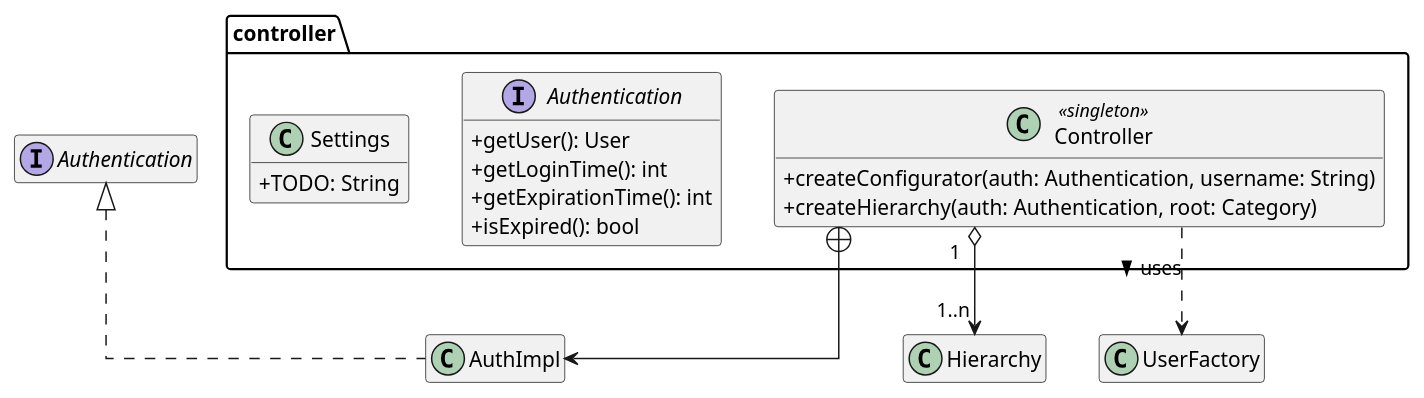
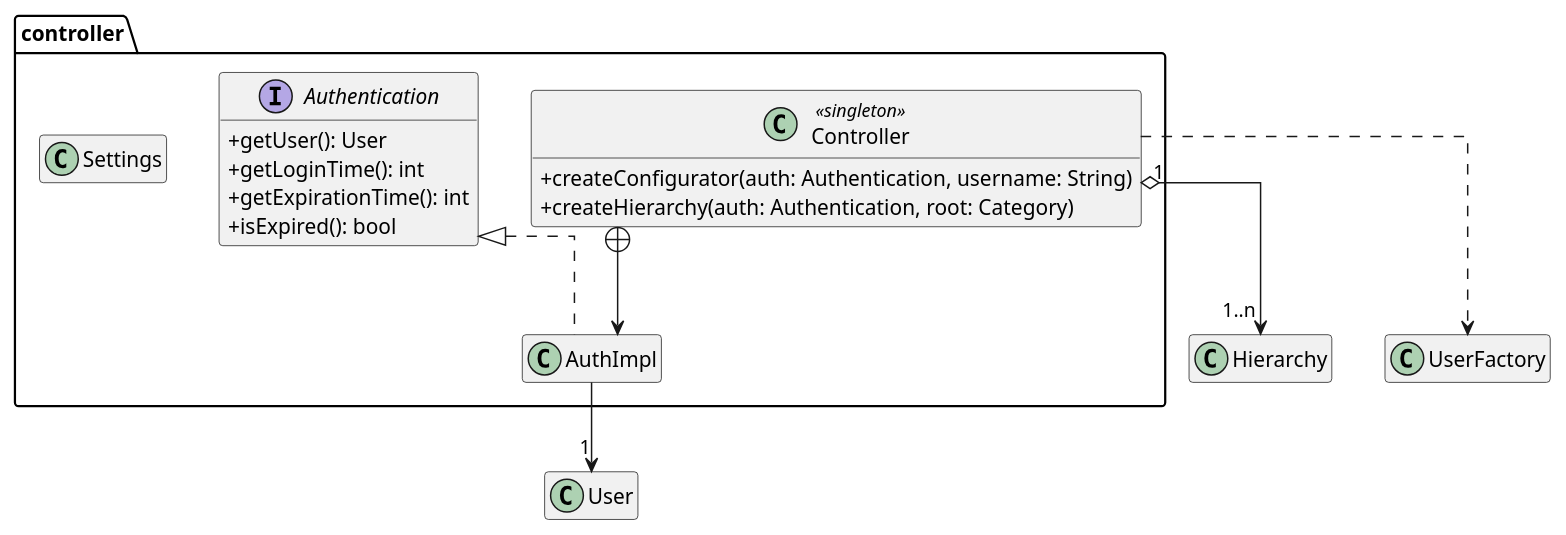
Before and after one commit to Matlice/ing_sw_2022: the diagram in DOC/VER1/diagrams/class/class_diagram_controller.puml, drawn with PlantUML. The commit also changed 3 other files, not shown here.

```diff
--- a/DOC/VER1/diagrams/class/class_diagram_controller.puml
+++ b/DOC/VER1/diagrams/class/class_diagram_controller.puml
@@ -1,33 +1,32 @@
 @startuml
 
 skinparam ClassAttributeIconSize 0
 'skinparam groupInheritance 2
 skinparam linetype ortho
 hide empty members
 
 package controller #FFFFFF {
     class Controller <<singleton>> {
         + createConfigurator(auth: Authentication, username: String)
         + createHierarchy(auth: Authentication, root: Category)
     }
 
+    class AuthImpl implements Authentication
+
     interface Authentication {
         + getUser(): User
         + getLoginTime(): int
         + getExpirationTime(): int
         + isExpired(): bool
     }
 
-    class Settings {
-        + TODO: String
-    }
+    class Settings {}
 }
 
+AuthImpl --> "1" User
 
-class AuthImpl implements Authentication
-
-Controller "1" o--> "1..n" Hierarchy
+Controller "1 " o--> "1..n" Hierarchy
 Controller +--> AuthImpl
-Controller ..> UserFactory: uses >
+Controller ..> UserFactory
 
 @enduml
```
